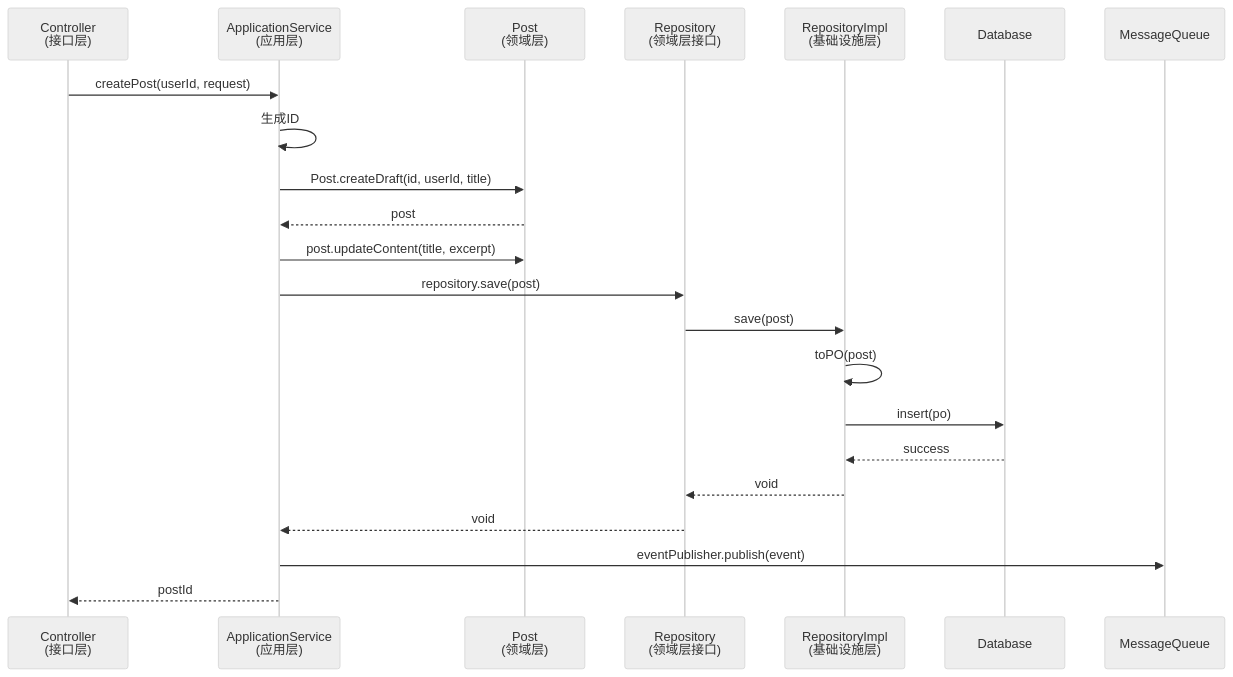
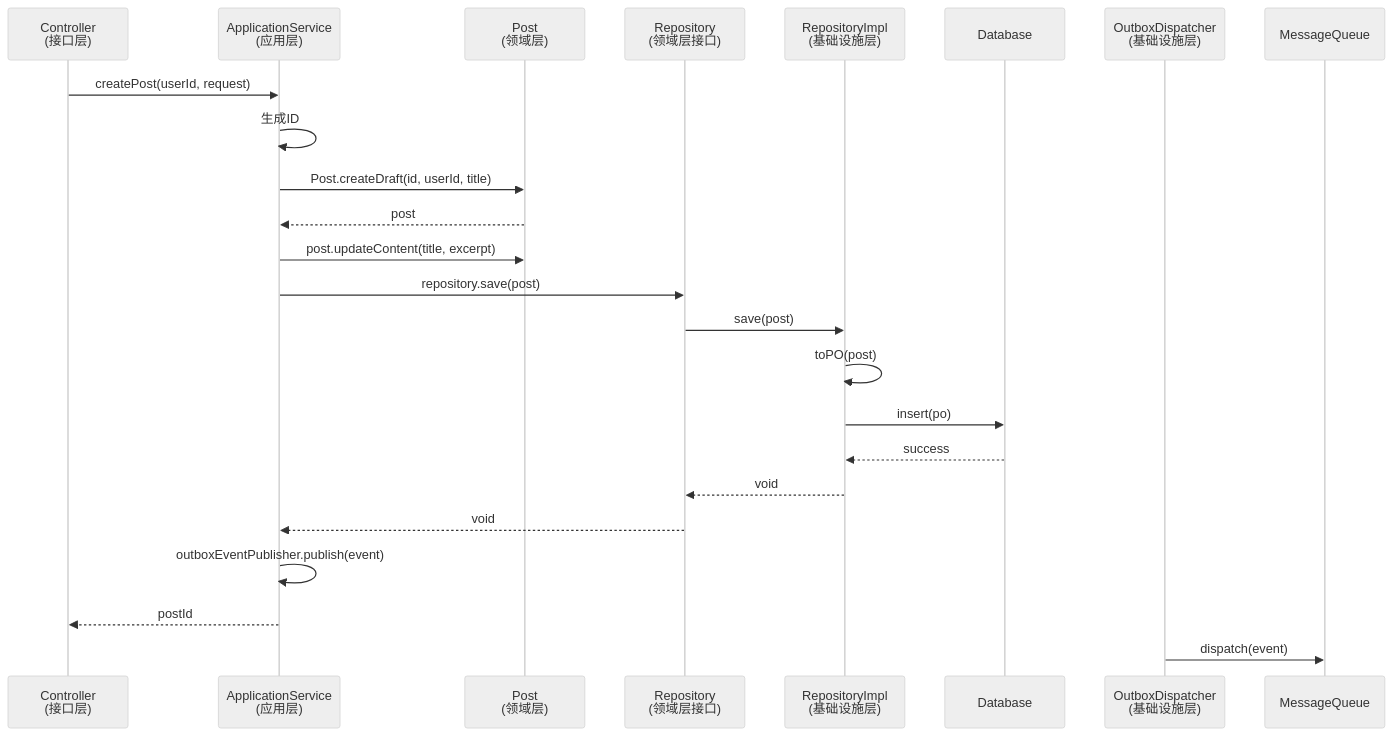
Before and after one commit to architectcgz/zhicore: the second of 3 diagrams in docs/architecture/05-ddd-layered-architecture.md, drawn with Mermaid (neutral theme). The commit also changed other lines of this file and 131 other files, not shown here.

````diff
--- a/docs/architecture/05-ddd-layered-architecture.md
+++ b/docs/architecture/05-ddd-layered-architecture.md
@@ -1077,25 +1053,27 @@
 ```mermaid
 sequenceDiagram
     participant C as Controller<br/>(接口层)
     participant AS as ApplicationService<br/>(应用层)
     participant P as Post<br/>(领域层)
     participant R as Repository<br/>(领域层接口)
     participant RI as RepositoryImpl<br/>(基础设施层)
     participant DB as Database
+    participant OB as OutboxDispatcher<br/>(基础设施层)
     participant MQ as MessageQueue
 
     C->>AS: createPost(userId, request)
     AS->>AS: 生成ID
     AS->>P: Post.createDraft(id, userId, title)
     P-->>AS: post
     AS->>P: post.updateContent(title, excerpt)
     AS->>R: repository.save(post)
     R->>RI: save(post)
     RI->>RI: toPO(post)
     RI->>DB: insert(po)
     DB-->>RI: success
     RI-->>R: void
     R-->>AS: void
-    AS->>MQ: eventPublisher.publish(event)
+    AS->>AS: outboxEventPublisher.publish(event)
     AS-->>C: postId
+    OB->>MQ: dispatch(event)
 ```
````
